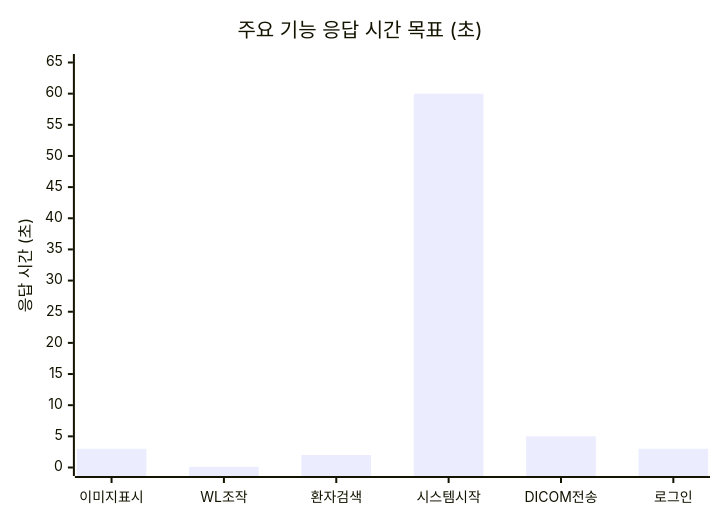
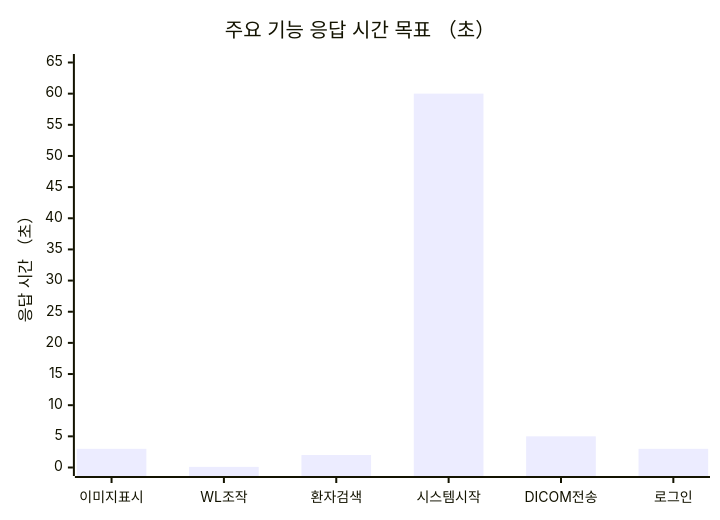
Before and after one commit to holee9/console-gui: the second of 7 diagrams in docs/testing/DOC-014_SystemTestPlan_v1.0.md, drawn with Mermaid. The commit also changed 19 other files, not shown here.

First line of the commit message:
fix: quadrantChart/pie/timeline 등 비flowchart 차트 파싱 오류 전면 수정

````diff
--- a/docs/testing/DOC-014_SystemTestPlan_v1.0.md
+++ b/docs/testing/DOC-014_SystemTestPlan_v1.0.md
@@ -273,7 +273,7 @@
 ```mermaid
 xychart-beta
-    title "주요 기능 응답 시간 목표 (초)"
+    title "주요 기능 응답 시간 목표 （초）"
     x-axis ["이미지표시", "WL조작", "환자검색", "시스템시작", "DICOM전송", "로그인"]
-    y-axis "응답 시간 (초)" 0 --> 65
+    y-axis "응답 시간 （초）" 0 --> 65
     bar [3, 0.1, 2, 60, 5, 3]
 ```
````
